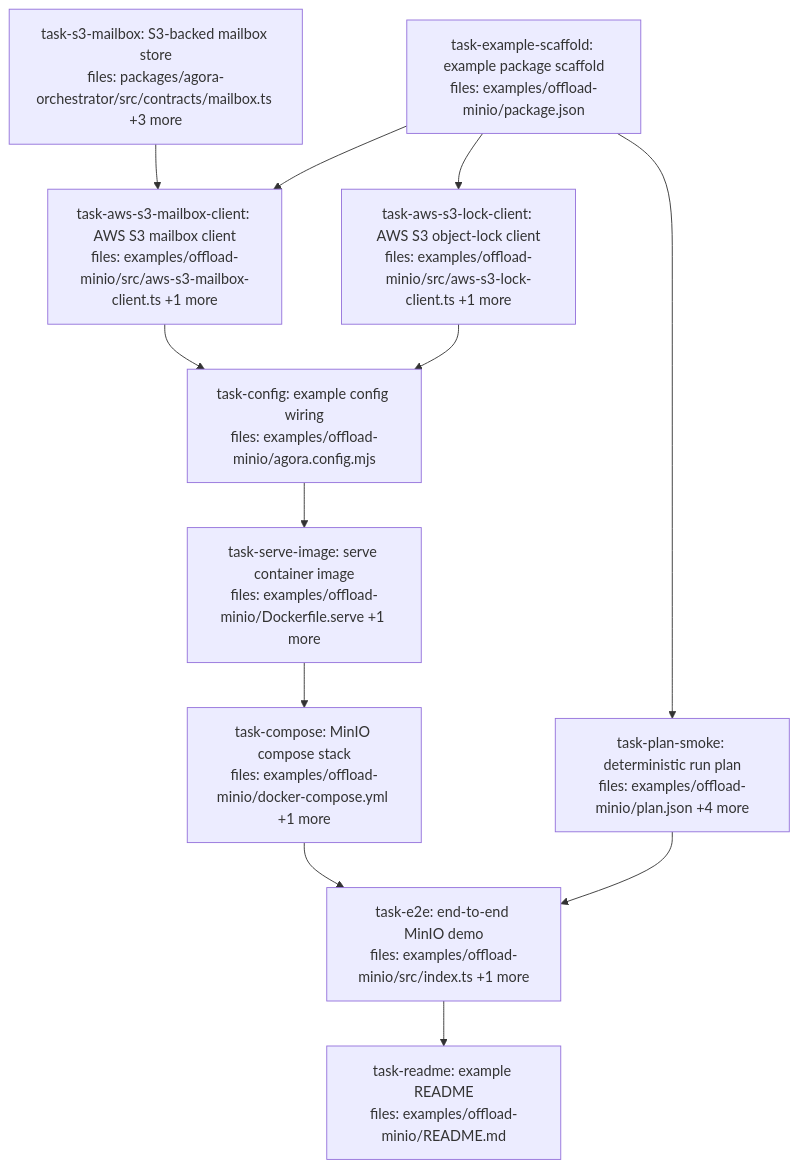
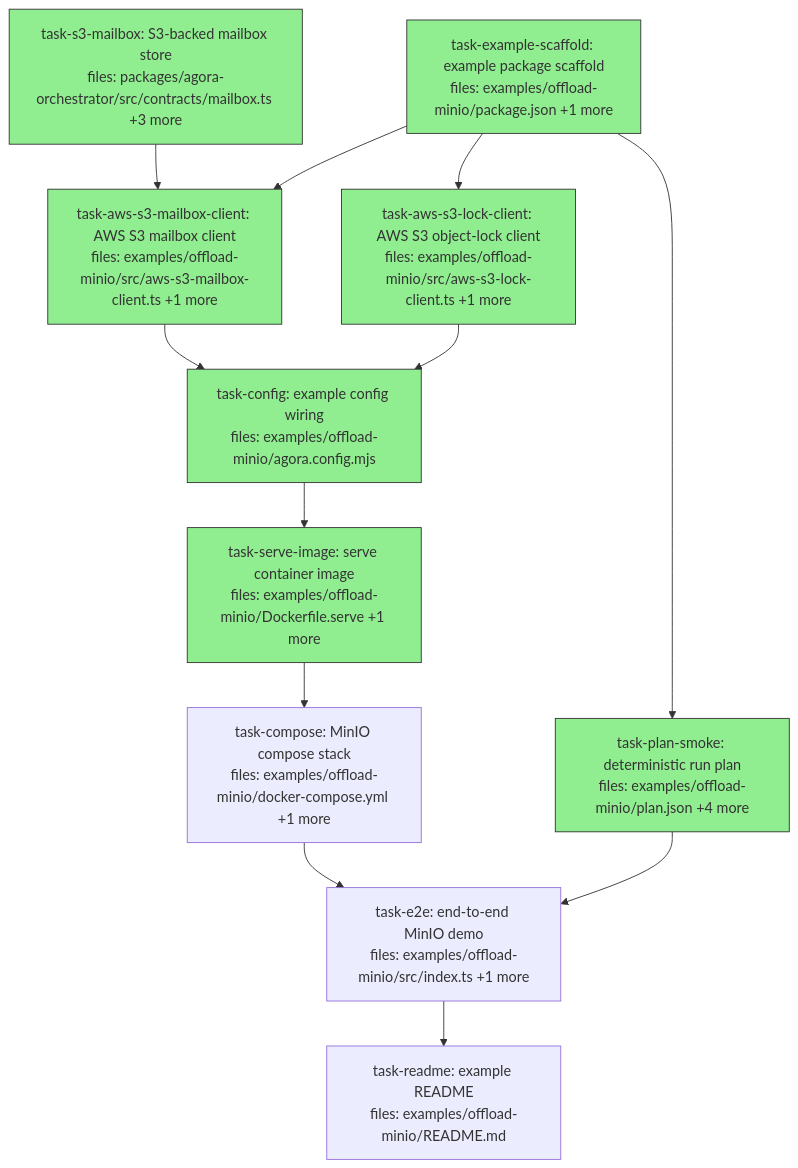
The diagram in docs/superpowers/plans/2026-06-02-agora-offload-tier1-minio-proof-dag.md (QuarrySystems/pangolin), drawn with Mermaid before and after one commit. The commit also changed other lines of this file, not shown here.

First line of the commit message:
chore(offload-minio): DAG execution progress — 7/10 tasks done

````diff
--- a/docs/superpowers/plans/2026-06-02-agora-offload-tier1-minio-proof-dag.md
+++ b/docs/superpowers/plans/2026-06-02-agora-offload-tier1-minio-proof-dag.md
@@ -6,31 +6,31 @@
 ```mermaid
 flowchart TD
-    task-s3-mailbox["task-s3-mailbox: S3-backed mailbox store<br/>files: packages/agora-orchestrator/src/contracts/mailbox.ts +3 more"]
-    task-example-scaffold["task-example-scaffold: example package scaffold<br/>files: examples/offload-minio/package.json"]
-    task-aws-s3-mailbox-client["task-aws-s3-mailbox-client: AWS S3 mailbox client<br/>files: examples/offload-minio/src/aws-s3-mailbox-client.ts +1 more"]
-    task-aws-s3-lock-client["task-aws-s3-lock-client: AWS S3 object-lock client<br/>files: examples/offload-minio/src/aws-s3-lock-client.ts +1 more"]
-    task-plan-smoke["task-plan-smoke: deterministic run plan<br/>files: examples/offload-minio/plan.json +4 more"]
-    task-config["task-config: example config wiring<br/>files: examples/offload-minio/agora.config.mjs"]
-    task-serve-image["task-serve-image: serve container image<br/>files: examples/offload-minio/Dockerfile.serve +1 more"]
+    task-s3-mailbox["task-s3-mailbox: S3-backed mailbox store<br/>files: packages/agora-orchestrator/src/contracts/mailbox.ts +3 more"]:::done
+    task-example-scaffold["task-example-scaffold: example package scaffold<br/>files: examples/offload-minio/package.json +1 more"]:::done
+    task-aws-s3-mailbox-client["task-aws-s3-mailbox-client: AWS S3 mailbox client<br/>files: examples/offload-minio/src/aws-s3-mailbox-client.ts +1 more"]:::done
+    task-aws-s3-lock-client["task-aws-s3-lock-client: AWS S3 object-lock client<br/>files: examples/offload-minio/src/aws-s3-lock-client.ts +1 more"]:::done
+    task-plan-smoke["task-plan-smoke: deterministic run plan<br/>files: examples/offload-minio/plan.json +4 more"]:::done
+    task-config["task-config: example config wiring<br/>files: examples/offload-minio/agora.config.mjs"]:::done
+    task-serve-image["task-serve-image: serve container image<br/>files: examples/offload-minio/Dockerfile.serve +1 more"]:::done
     task-compose["task-compose: MinIO compose stack<br/>files: examples/offload-minio/docker-compose.yml +1 more"]
     task-e2e["task-e2e: end-to-end MinIO demo<br/>files: examples/offload-minio/src/index.ts +1 more"]
     task-readme["task-readme: example README<br/>files: examples/offload-minio/README.md"]
 
     task-example-scaffold --> task-aws-s3-mailbox-client
     task-s3-mailbox --> task-aws-s3-mailbox-client
     task-example-scaffold --> task-aws-s3-lock-client
     task-example-scaffold --> task-plan-smoke
     task-aws-s3-mailbox-client --> task-config
     task-aws-s3-lock-client --> task-config
     task-config --> task-serve-image
     task-serve-image --> task-compose
     task-compose --> task-e2e
     task-plan-smoke --> task-e2e
     task-e2e --> task-readme
 
     classDef done fill:#90ee90,stroke:#333
     classDef ready fill:#fffacd,stroke:#333
     classDef running fill:#87ceeb,stroke:#333
     classDef failed fill:#ffb6c1,stroke:#333
     classDef skipped fill:#d3d3d3,stroke:#333,stroke-dasharray: 5 5
 ```
````
